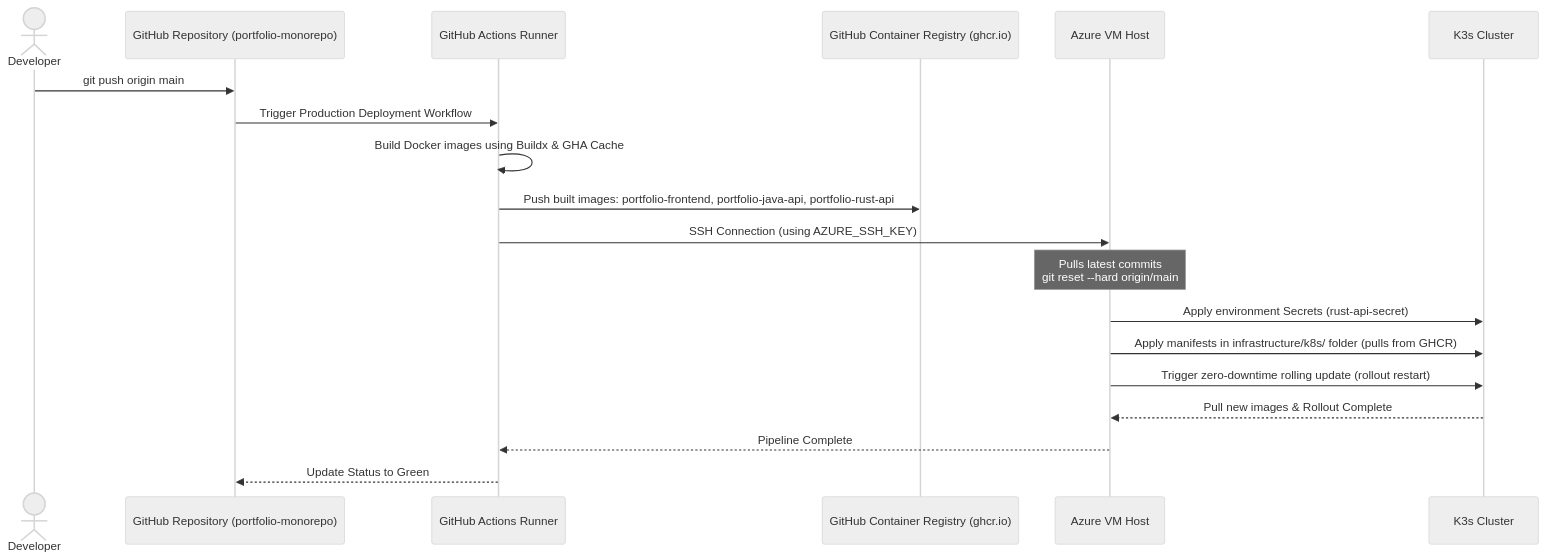
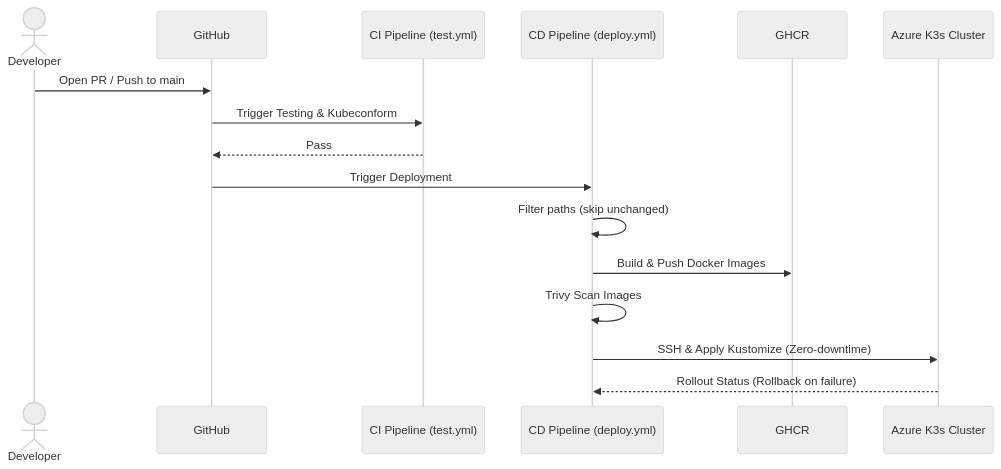
The second of 2 diagrams in README.md (mattDev0/portfolio-monorepo), drawn with Mermaid (neutral theme) before and after one commit. The commit also changed other lines of this file, not shown here.

Commit message:
docs: completely rewrite README to reflect latest architecture and CI/CD features

````diff
--- a/README.md
+++ b/README.md
@@ -308,22 +147,20 @@
 ```mermaid
 sequenceDiagram
     actor Developer
-    participant GitHub as GitHub Repository (portfolio-monorepo)
-    participant Runner as GitHub Actions Runner
-    participant GHCR as GitHub Container Registry (ghcr.io)
-    participant VM as Azure VM Host
-    participant K3s as K3s Cluster
+    participant GitHub as GitHub
+    participant TestGate as CI Pipeline (test.yml)
+    participant DeployGate as CD Pipeline (deploy.yml)
+    participant GHCR as GHCR
+    participant K3s as Azure K3s Cluster
 
-    Developer->>GitHub: git push origin main
-    GitHub->>Runner: Trigger Production Deployment Workflow
-    Runner->>Runner: Build Docker images using Buildx & GHA Cache
-    Runner->>GHCR: Push built images: portfolio-frontend, portfolio-java-api, portfolio-rust-api
-    Runner->>VM: SSH Connection (using AZURE_SSH_KEY)
-    Note over VM: Pulls latest commits<br/>git reset --hard origin/main
-    VM->>K3s: Apply environment Secrets (rust-api-secret)
-    VM->>K3s: Apply manifests in infrastructure/k8s/ folder (pulls from GHCR)
-    VM->>K3s: Trigger zero-downtime rolling update (rollout restart)
-    K3s-->>VM: Pull new images & Rollout Complete
-    VM-->>Runner: Pipeline Complete
-    Runner-->>GitHub: Update Status to Green
+    Developer->>GitHub: Open PR / Push to main
+    GitHub->>TestGate: Trigger Testing & Kubeconform
+    TestGate-->>GitHub: Pass
+    
+    GitHub->>DeployGate: Trigger Deployment
+    DeployGate->>DeployGate: Filter paths (skip unchanged)
+    DeployGate->>GHCR: Build & Push Docker Images
+    DeployGate->>DeployGate: Trivy Scan Images
+    DeployGate->>K3s: SSH & Apply Kustomize (Zero-downtime)
+    K3s-->>DeployGate: Rollout Status (Rollback on failure)
 ```
````
